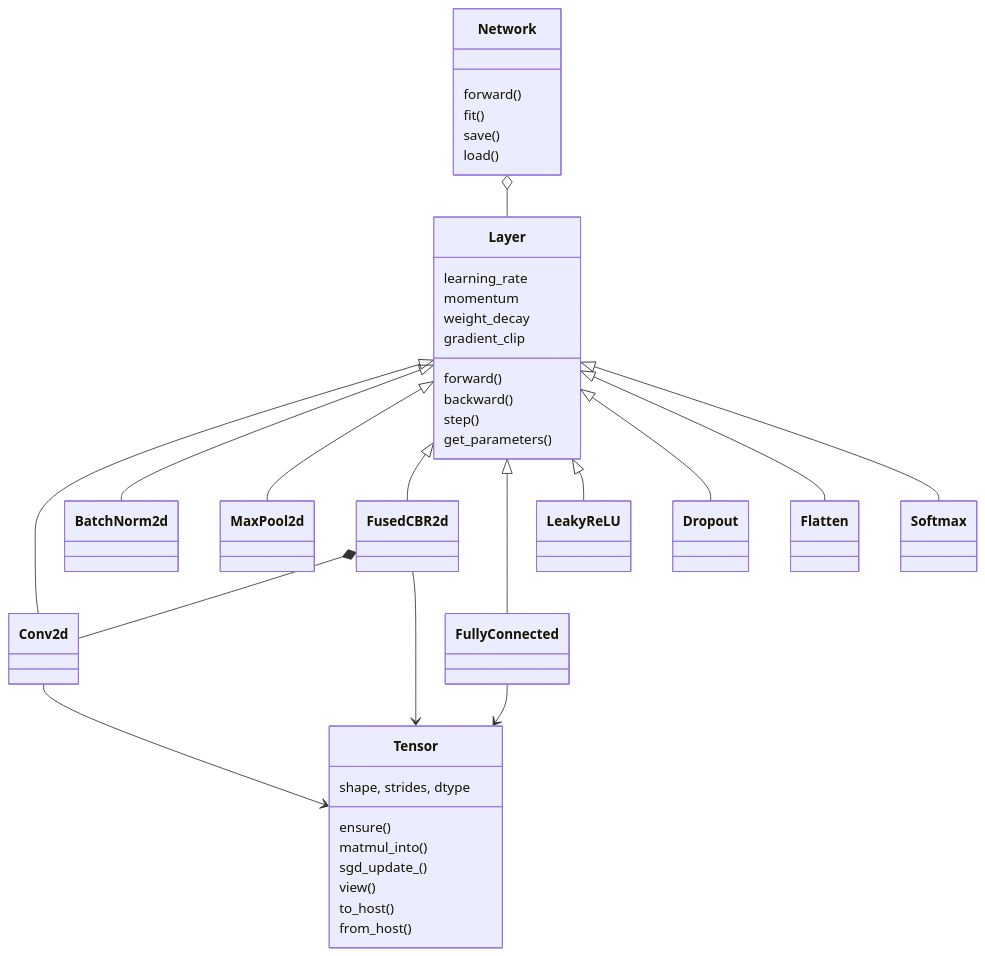
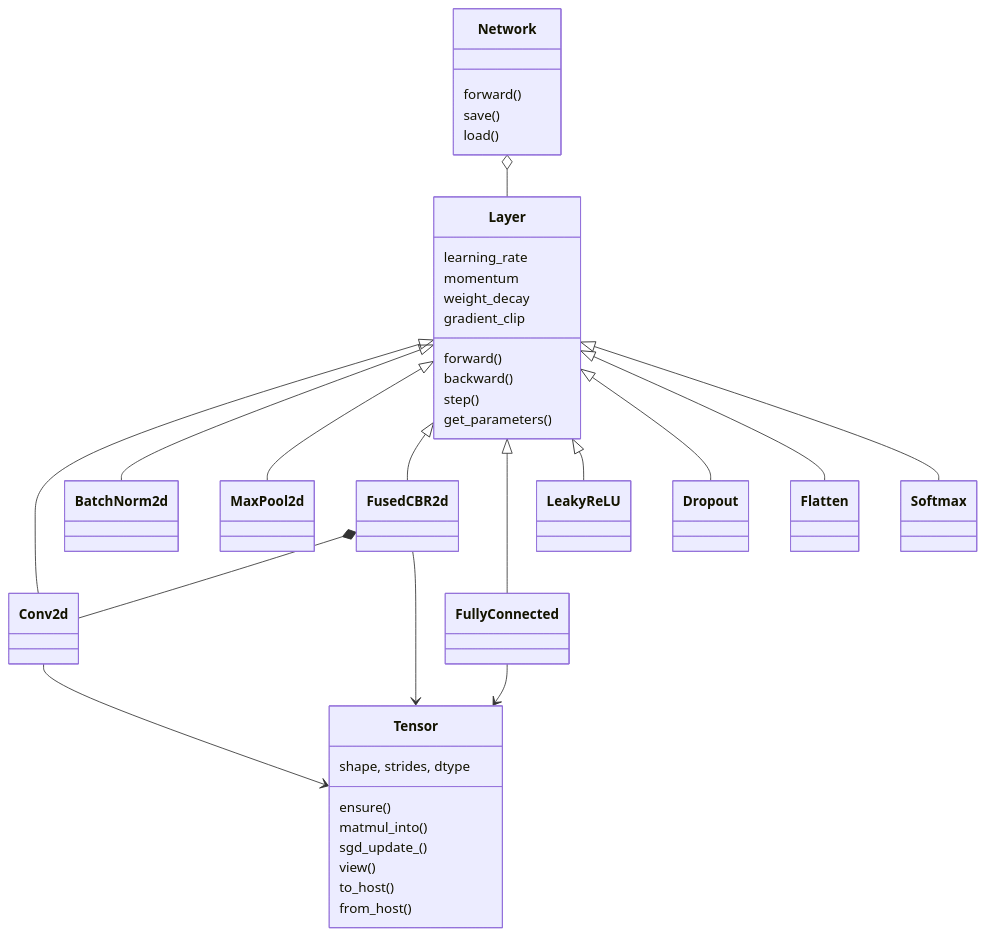
One commit to Kemo321/Bachelor-Thesis changed the diagram in docs/library/overview.md. Above: the diagram before and after it, drawn with Mermaid. The commit also changed other lines of this file and 176 other files, not shown here.

````diff
--- a/docs/library/overview.md
+++ b/docs/library/overview.md
@@ -24,46 +23,45 @@
 ```mermaid
 classDiagram
     class Tensor {
         shape, strides, dtype
         ensure()
         matmul_into()
         sgd_update_()
         view()
         to_host()
         from_host()
     }
 
     class Layer {
         learning_rate
         momentum
         weight_decay
         gradient_clip
         forward()
         backward()
         step()
         get_parameters()
     }
 
     class Network {
         forward()
-        fit()
         save()
         load()
     }
 
     Layer <|-- Conv2d
     Layer <|-- BatchNorm2d
     Layer <|-- MaxPool2d
     Layer <|-- FusedCBR2d
     Layer <|-- FullyConnected
     Layer <|-- LeakyReLU
     Layer <|-- Dropout
     Layer <|-- Flatten
     Layer <|-- Softmax
 
     FusedCBR2d *-- Conv2d
     Network o-- Layer
     Conv2d --> Tensor
     FullyConnected --> Tensor
     FusedCBR2d --> Tensor
 ```
````
